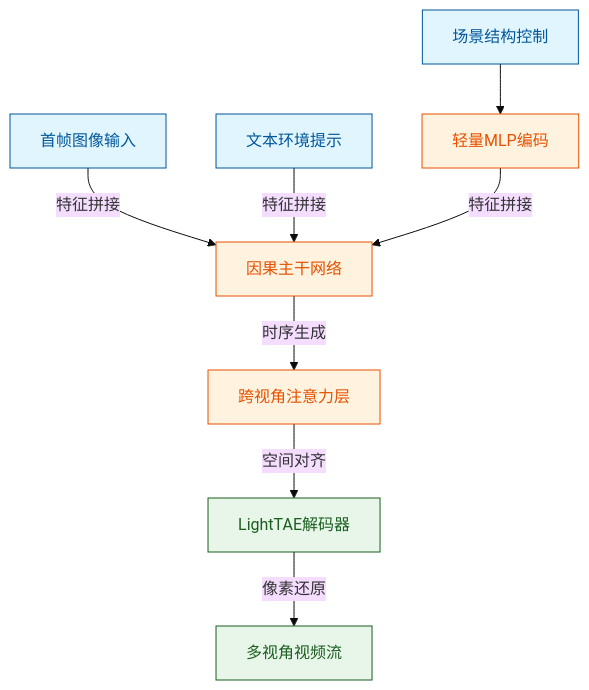
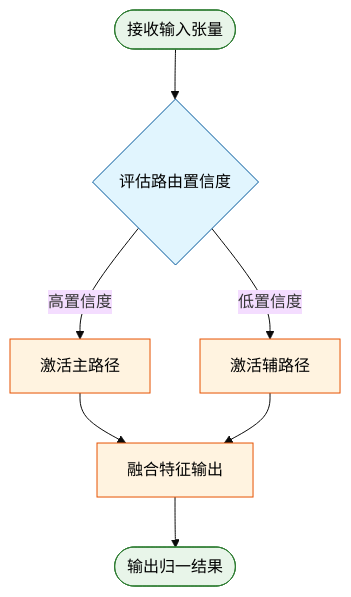
Before and after one commit to ShinewineW/paper-rolling: the eighth of 10 diagrams in person_vault/2026-06-12_OmniDreamsRealTimeGenerativeWorldModel_2606.03159/report.md, drawn with Mermaid (base theme). The commit also changed other lines of this file and 300 other files, not shown here.

````diff
--- a/person_vault/2026-06-12_OmniDreamsRealTimeGenerativeWorldModel_2606.03159/report.md
+++ b/person_vault/2026-06-12_OmniDreamsRealTimeGenerativeWorldModel_2606.03159/report.md
@@ -527,25 +403,15 @@
 ```mermaid
-graph TD
-    classDef input fill:#e1f5fe,stroke:#01579b,color:#01579b
-    classDef core fill:#fff3e0,stroke:#e65100,color:#e65100
-    classDef output fill:#e8f5e9,stroke:#1b5e20,color:#1b5e20
-
-    first_frame["首帧图像输入"]:::input
-    text_prompt["文本环境提示"]:::input
-    scenario_map["场景结构控制"]:::input
-    
-    control_mlp["轻量MLP编码"]:::core
-    causal_backbone["因果主干网络"]:::core
-    cross_view["跨视角注意力层"]:::core
-    
-    light_tae["LightTAE解码器"]:::output
-    sync_video["多视角视频流"]:::output
-
-    first_frame -->|特征拼接| causal_backbone
-    text_prompt -->|特征拼接| causal_backbone
-    scenario_map --> control_mlp
-    control_mlp -->|特征拼接| causal_backbone
-    causal_backbone -->|时序生成| cross_view
-    cross_view -->|空间对齐| light_tae
-    light_tae -->|像素还原| sync_video
+flowchart TD
+    start_node(["接收输入张量"]) --> route_gate{评估路由置信度}
+    route_gate -->|高置信度| main_expert["激活主路径"]
+    route_gate -->|低置信度| aux_comp["激活辅路径"]
+    main_expert --> feature_fuse["融合特征输出"]
+    aux_comp --> feature_fuse
+    feature_fuse --> end_node(["输出归一结果"])
+    classDef gate fill:#e1f5fe,stroke:#01579b,color:#000;
+    classDef proc fill:#fff3e0,stroke:#e65100,color:#000;
+    classDef io fill:#e8f5e9,stroke:#2e7d32,color:#000;
+    class route_gate gate;
+    class main_expert,aux_comp,feature_fuse proc;
+    class start_node,end_node io;
 ```
````
